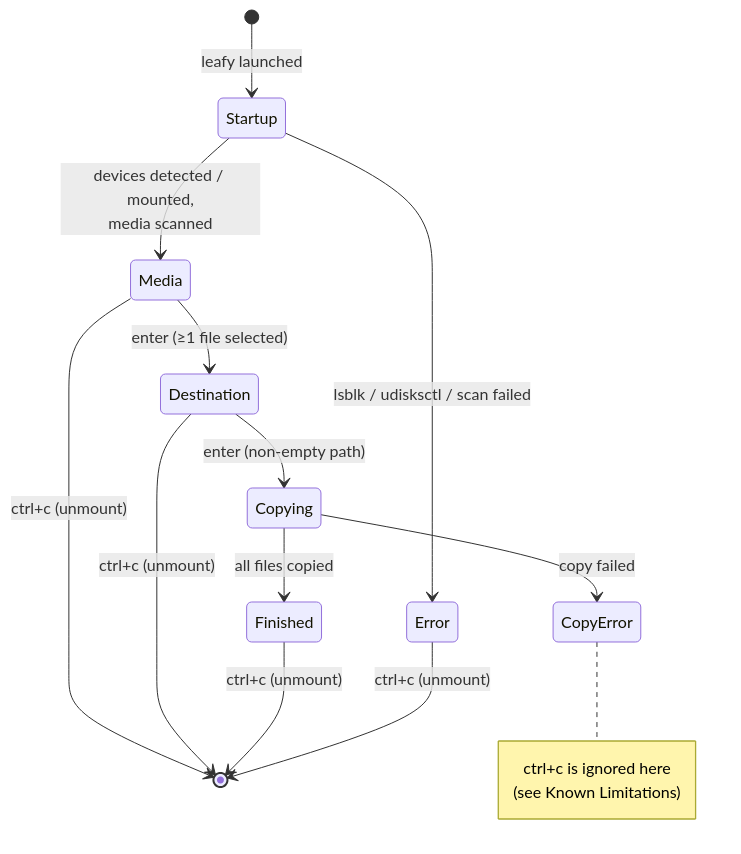
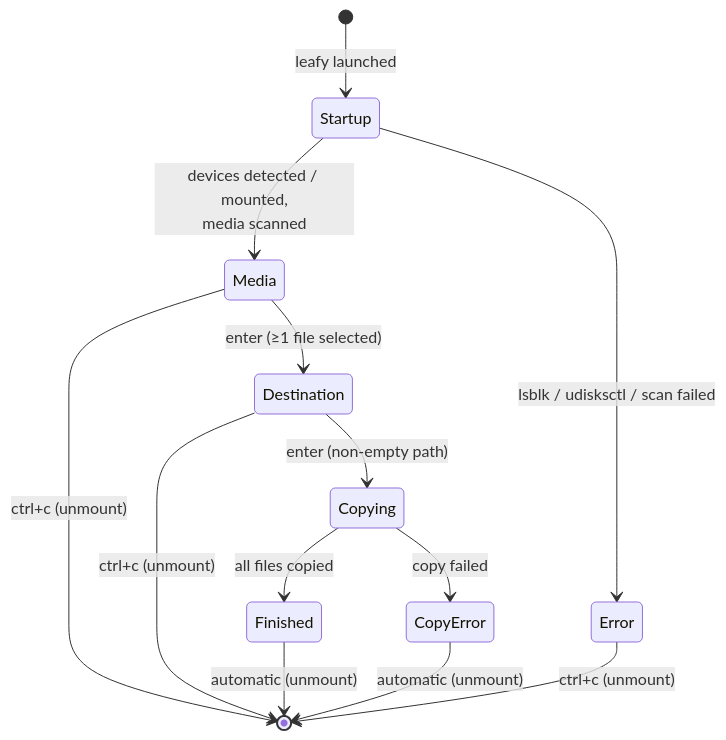
The diagram in docs/user-workflow.md (nightails/leafy), drawn with Mermaid before and after one commit. The commit also changed other lines of this file and 8 other files, not shown here.

Commit message:
"Document automatic unmounting and program exit behavior after copy operations."

````diff
--- a/docs/user-workflow.md
+++ b/docs/user-workflow.md
@@ -7,15 +8,15 @@
 ```mermaid
 stateDiagram-v2
     [*] --> Startup: leafy launched
     Startup --> Media: devices detected / mounted,<br/>media scanned
     Media --> Destination: enter (≥1 file selected)
     Destination --> Copying: enter (non-empty path)
     Copying --> Finished: all files copied
     Copying --> CopyError: copy failed
     Startup --> Error: lsblk / udisksctl / scan failed
     Media --> [*]: ctrl+c (unmount)
     Destination --> [*]: ctrl+c (unmount)
-    Finished --> [*]: ctrl+c (unmount)
+    Finished --> [*]: automatic (unmount)
+    CopyError --> [*]: automatic (unmount)
     Error --> [*]: ctrl+c (unmount)
-    note right of CopyError: ctrl+c is ignored here<br/>(see Known Limitations)
 ```
````
